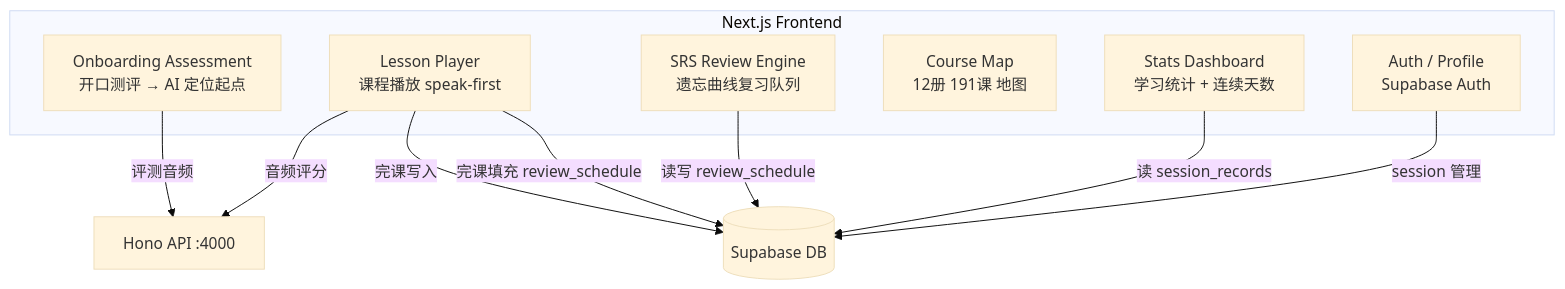
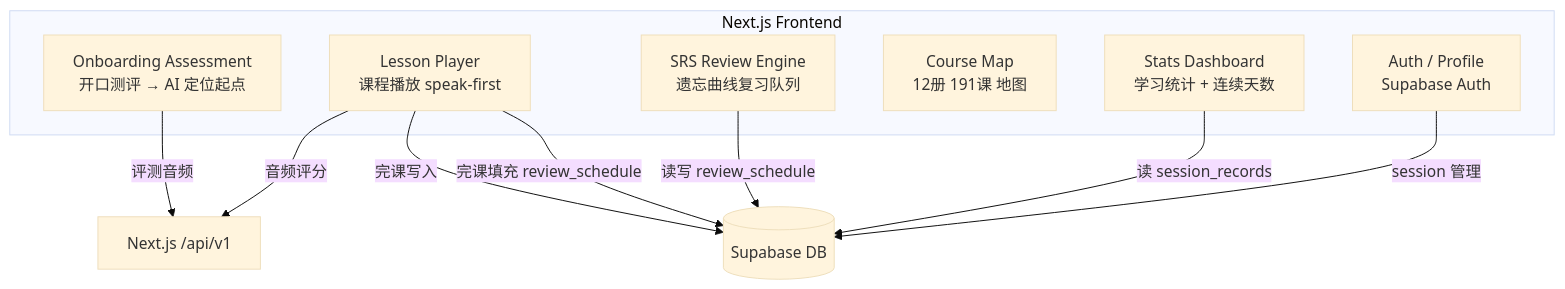
Before and after one commit to opc-x/talkflow: the third of 7 diagrams in README.md, drawn with Mermaid (base theme). The commit also changed other lines of this file and 38 other files, not shown here.

````diff
--- a/README.md
+++ b/README.md
@@ -107,22 +109,22 @@
 ```mermaid
 graph TB
     subgraph FE["Next.js Frontend"]
         OB["Onboarding Assessment\n开口测评 → AI 定位起点"]
         LP["Lesson Player\n课程播放 speak-first"]
         SRS["SRS Review Engine\n遗忘曲线复习队列"]
         MAP["Course Map\n12册 191课 地图"]
         STATS["Stats Dashboard\n学习统计 + 连续天数"]
         AUTH["Auth / Profile\nSupabase Auth"]
     end
 
     SB[("Supabase DB")]
-    BE["Hono API :4000"]
+    API["Next.js /api/v1"]
 
-    OB -->|评测音频| BE
+    OB -->|评测音频| API
     LP -->|完课写入| SB
-    LP -->|音频评分| BE
+    LP -->|音频评分| API
     LP -->|完课填充 review_schedule| SB
     SRS -->|读写 review_schedule| SB
     STATS -->|读 session_records| SB
     AUTH -->|session 管理| SB
 ```
````
